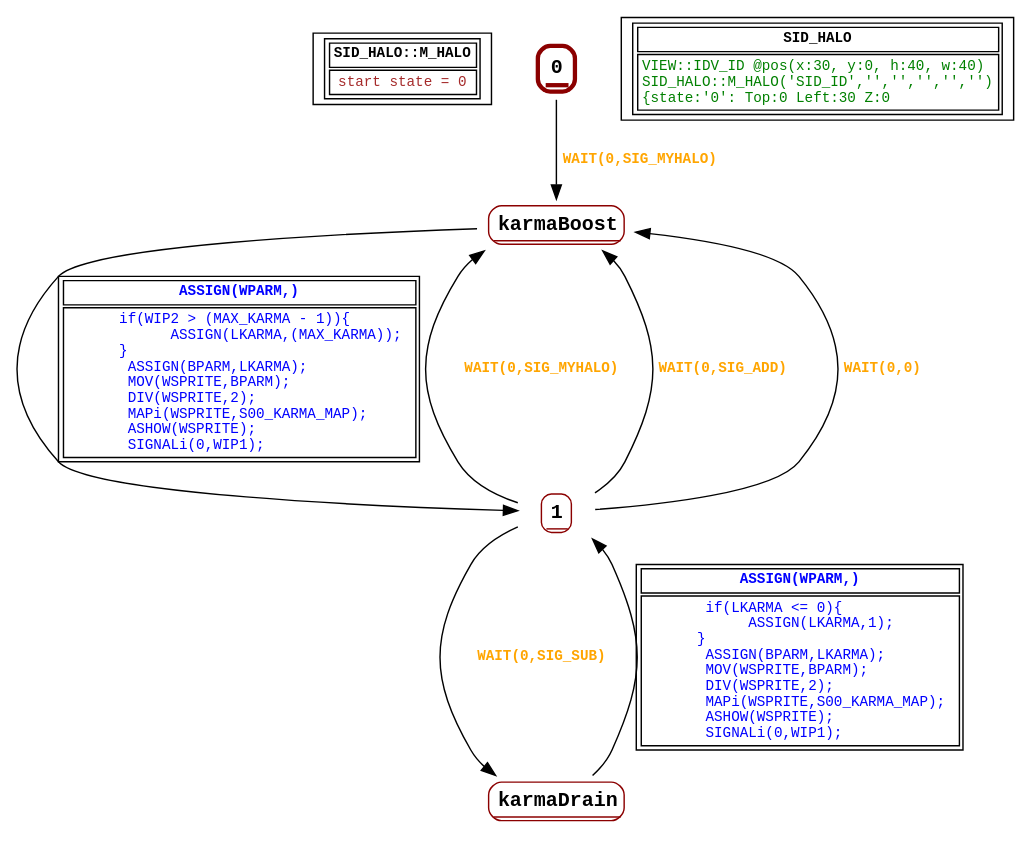
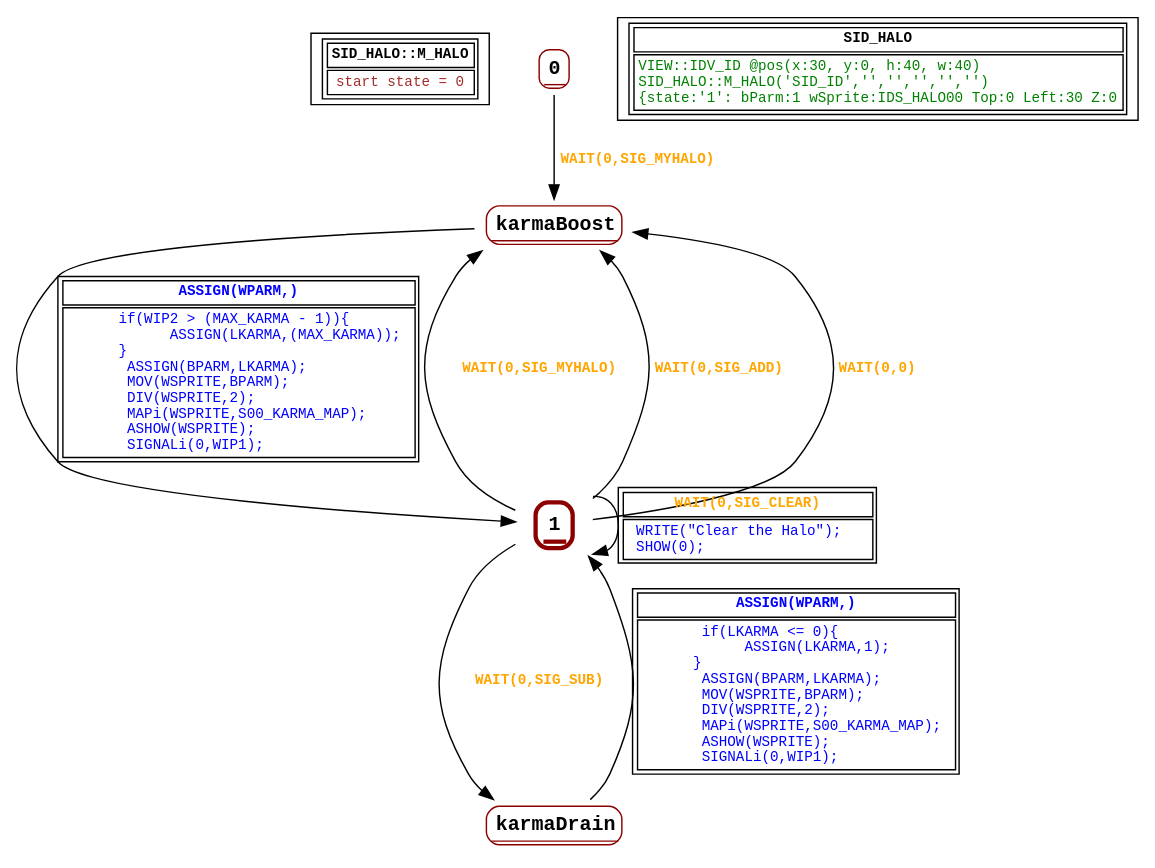
The diagram in graphs/SID_HALO.dot (guy-stewart/AzariaCD), drawn with Graphviz before and after one commit. The commit also changed 21 other files, not shown here.

```diff
--- a/graphs/SID_HALO.dot
+++ b/graphs/SID_HALO.dot
@@ -1,39 +1,42 @@
 digraph Automaton {
  fontname="Courier New"
 	node [shape=oval, fontname="Courier New"];
 	filename[shape = record, fontsize=10, label=< <table border="1"><tr><td><b>SID_HALO::M_HALO<br align="left"/></b></td></tr>
 <tr><td><font point-size="10" color ="brown">start state = 0<br align="left"/></font></td></tr></table>>
 ];
-	0[shape = none, fontsize=14, label=< <table border="3" color="darkred" style="rounded"><tr><td sides="b"><b>0<br align="left"/></b></td></tr>
+	0[shape = none, fontsize=14, label=< <table border="1" color="darkred" style="rounded"><tr><td sides="b"><b>0<br align="left"/></b></td></tr>
 </table>>];
 "0" -> "karmaBoost" [fontcolor=orange,fontsize=10,fontname="Courier New", label=< <table border="0"><tr><td><b>WAIT(0,SIG_MYHALO)<br align="left"/></b></td></tr>
 </table>>
 ];
-	1[shape = none, fontsize=14, label=< <table border="1" color="darkred" style="rounded"><tr><td sides="b"><b>1<br align="left"/></b></td></tr>
+	1[shape = none, fontsize=14, label=< <table border="3" color="darkred" style="rounded"><tr><td sides="b"><b>1<br align="left"/></b></td></tr>
 </table>>];
 "1" -> "karmaBoost" [fontcolor=orange,fontsize=10,fontname="Courier New", label=< <table border="0"><tr><td><b>WAIT(0,SIG_MYHALO)<br align="left"/></b></td></tr>
 </table>>
 ];
 "1" -> "karmaBoost" [fontcolor=orange,fontsize=10,fontname="Courier New", label=< <table border="0"><tr><td><b>WAIT(0,SIG_ADD)<br align="left"/></b></td></tr>
 </table>>
 ];
 "1" -> "karmaDrain" [fontcolor=orange,fontsize=10,fontname="Courier New", label=< <table border="0"><tr><td><b>WAIT(0,SIG_SUB)<br align="left"/></b></td></tr>
 </table>>
 ];
 "1" -> "karmaBoost" [fontcolor=orange,fontsize=10,fontname="Courier New", label=< <table border="0"><tr><td><b>WAIT(0,0)<br align="left"/></b></td></tr>
 </table>>
 ];
+"1" -> "1" [fontcolor=orange,fontsize=10,fontname="Courier New", label=< <table border="1"><tr><td><b>WAIT(0,SIG_CLEAR)<br align="left"/></b></td></tr>
+<tr><td><font point-size="10" color ="blue">  WRITE(&quot;Clear the Halo&quot;);  <br align="left"/>  SHOW(0);<br align="left"/></font></td></tr></table>>
+];
 	karmaBoost[shape = none, fontsize=14, label=< <table border="1" color="darkred" style="rounded"><tr><td sides="b"><b>karmaBoost<br align="left"/></b></td></tr>
 </table>>];
 "karmaBoost" -> "1" [fontcolor=blue,fontsize=10,fontname="Courier New", label=< <table border="1"><tr><td><b>ASSIGN(WPARM,)<br align="left"/></b></td></tr>
 <tr><td><font point-size="10" color ="blue">       if(WIP2 &gt; (MAX_KARMA - 1))&#123;<br align="left"/>             ASSIGN(LKARMA,(MAX_KARMA));<br align="left"/>       &#125;<br align="left"/>        ASSIGN(BPARM,LKARMA);<br align="left"/>        MOV(WSPRITE,BPARM);<br align="left"/>        DIV(WSPRITE,2);<br align="left"/>        MAPi(WSPRITE,S00_KARMA_MAP);<br align="left"/>        ASHOW(WSPRITE);<br align="left"/>        SIGNALi(0,WIP1);<br align="left"/></font></td></tr></table>>
 ];
 	karmaDrain[shape = none, fontsize=14, label=< <table border="1" color="darkred" style="rounded"><tr><td sides="b"><b>karmaDrain<br align="left"/></b></td></tr>
 </table>>];
 "karmaDrain" -> "1" [fontcolor=blue,fontsize=10,fontname="Courier New", label=< <table border="1"><tr><td><b>ASSIGN(WPARM,)<br align="left"/></b></td></tr>
 <tr><td><font point-size="10" color ="blue">        if(LKARMA &lt;= 0)&#123;<br align="left"/>             ASSIGN(LKARMA,1);<br align="left"/>       &#125;      <br align="left"/>        ASSIGN(BPARM,LKARMA);<br align="left"/>        MOV(WSPRITE,BPARM);<br align="left"/>        DIV(WSPRITE,2);<br align="left"/>        MAPi(WSPRITE,S00_KARMA_MAP);<br align="left"/>        ASHOW(WSPRITE);<br align="left"/>        SIGNALi(0,WIP1);<br align="left"/></font></td></tr></table>>
 ];
 	status[shape = record, fontsize=10, label=< <table border="1"><tr><td><b>SID_HALO<br align="left"/></b></td></tr>
-<tr><td><font point-size="10" color ="green">VIEW::IDV_ID @pos(x:30, y:0, h:40, w:40)<br align="left"/>SID_HALO::M_HALO(&apos;SID_ID&apos;,&apos;&apos;,&apos;&apos;,&apos;&apos;,&apos;&apos;,&apos;&apos;)<br align="left"/>			&#123;state:&apos;0&apos;: Top:0 Left:30 Z:0<br align="left"/></font></td></tr></table>>
+<tr><td><font point-size="10" color ="green">VIEW::IDV_ID @pos(x:30, y:0, h:40, w:40)<br align="left"/>SID_HALO::M_HALO(&apos;SID_ID&apos;,&apos;&apos;,&apos;&apos;,&apos;&apos;,&apos;&apos;,&apos;&apos;)<br align="left"/>			&#123;state:&apos;1&apos;: bParm:1 wSprite:IDS_HALO00 Top:0 Left:30 Z:0<br align="left"/></font></td></tr></table>>
 ];
 }
```
